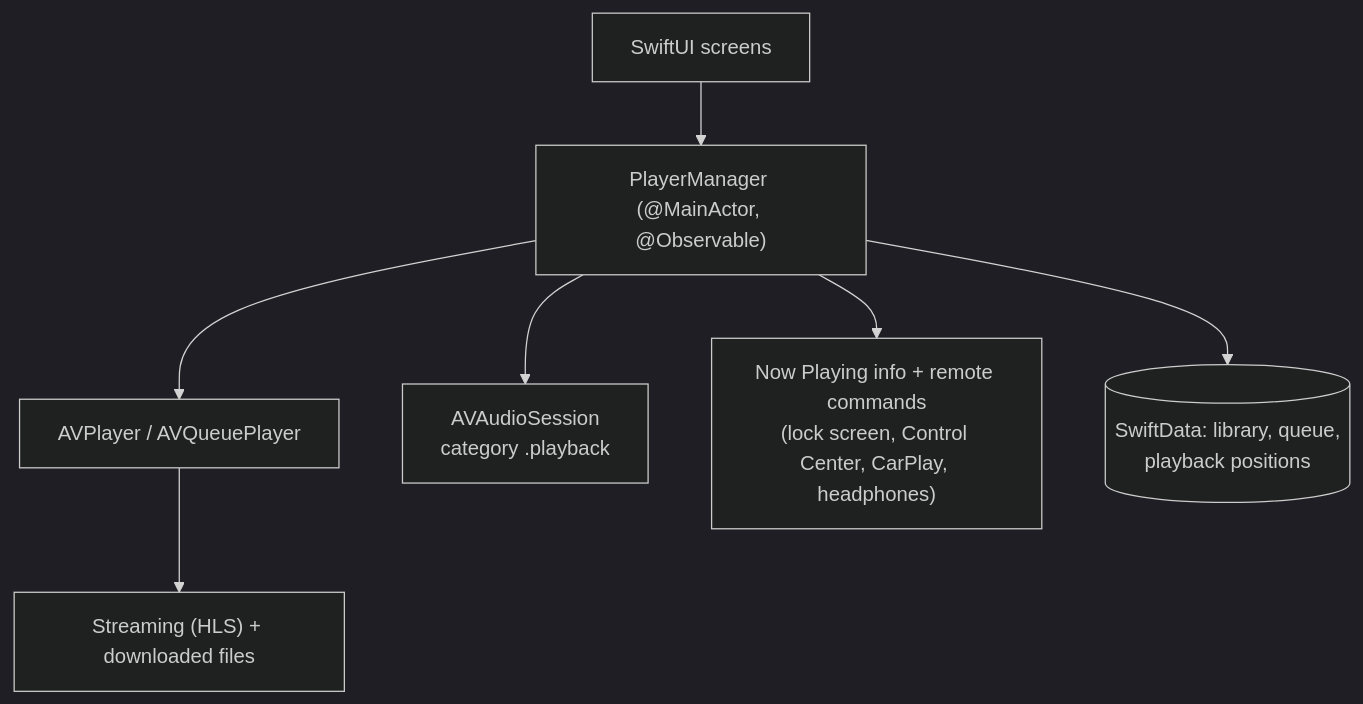
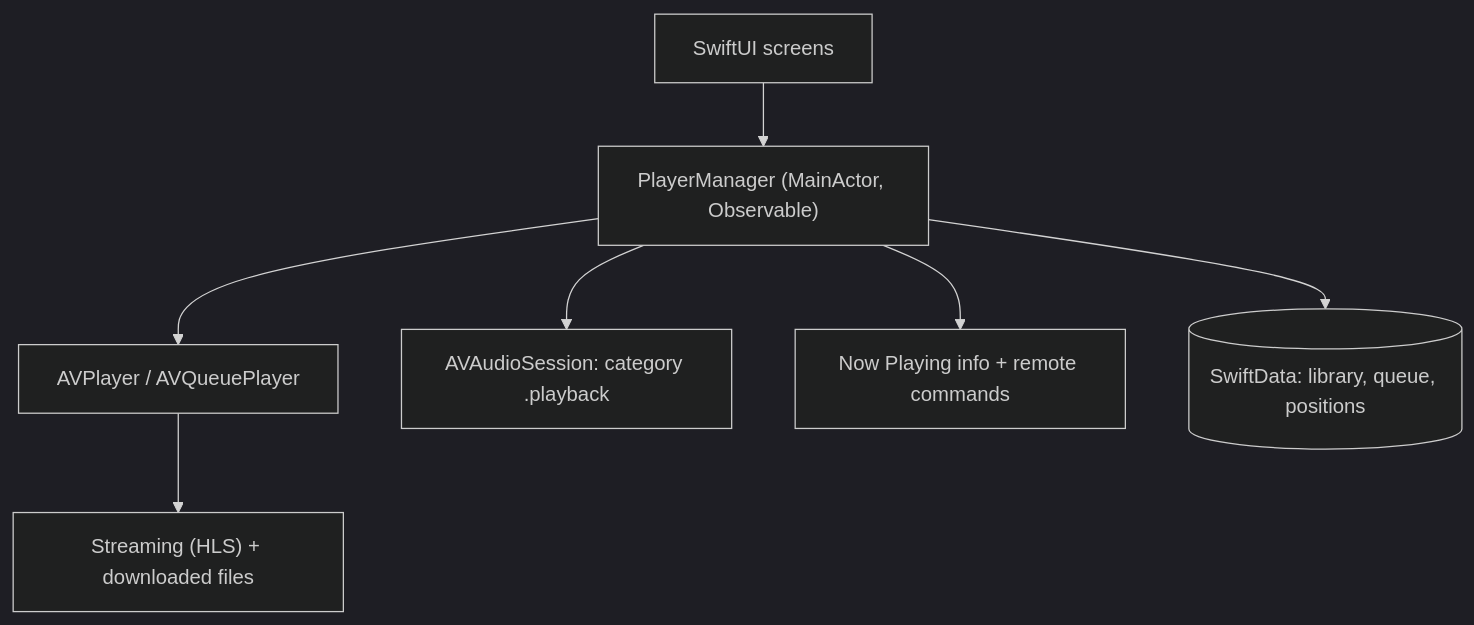
Diagram 16 of 17 in topics/20-system-design.md (AkshayAshokCode/iOS-Interview-Questions-and-Answers), drawn with Mermaid (dark theme) before and after one commit. The commit also changed other lines of this file and 18 other files, not shown here.

````diff
--- a/topics/20-system-design.md
+++ b/topics/20-system-design.md
@@ -296,9 +1424,9 @@
 ```mermaid
 flowchart TD
-    UI["SwiftUI screens"] --> PM["PlayerManager (@MainActor, @Observable)"]
+    UI["SwiftUI screens"] --> PM["PlayerManager (MainActor, Observable)"]
     PM --> AVP["AVPlayer / AVQueuePlayer"]
-    PM --> SES["AVAudioSession<br/>category .playback"]
-    PM --> NP["Now Playing info + remote commands<br/>(lock screen, Control Center, CarPlay, headphones)"]
+    PM --> SES["AVAudioSession: category .playback"]
+    PM --> NP["Now Playing info + remote commands"]
     AVP --> SRC["Streaming (HLS) + downloaded files"]
-    PM --> DB[("SwiftData: library, queue,<br/>playback positions")]
+    PM --> DB[("SwiftData: library, queue, positions")]
 ```
````
